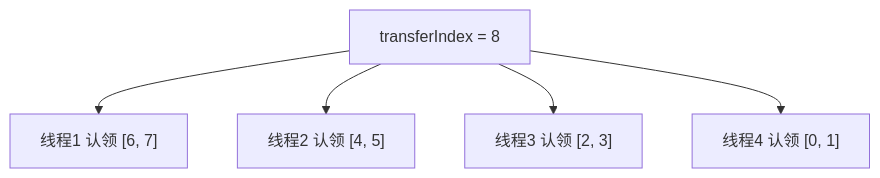
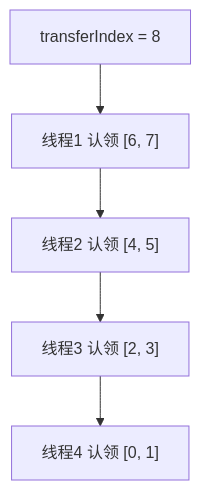
Before and after one commit to rebibabo/rebibabo.github.io: diagram 23 of 26 in source/_posts/concurrency/22-ConcurrentHashMap 为什么能支持高并发访问.md, drawn with Mermaid. The commit also changed other lines of this file and 3 other files, not shown here.

````diff
--- a/source/_posts/concurrency/22-ConcurrentHashMap 为什么能支持高并发访问.md
+++ b/source/_posts/concurrency/22-ConcurrentHashMap 为什么能支持高并发访问.md
@@ -350,8 +350,8 @@
 ```mermaid
 graph TD
     transferIndex["transferIndex = 8"]
     transferIndex --> t1["线程1 认领 [6, 7]"]
-    transferIndex --> t2["线程2 认领 [4, 5]"]
-    transferIndex --> t3["线程3 认领 [2, 3]"]
-    transferIndex --> t4["线程4 认领 [0, 1]"]
+    t1 --> t2["线程2 认领 [4, 5]"]
+    t2 --> t3["线程3 认领 [2, 3]"]
+    t3 --> t4["线程4 认领 [0, 1]"]
 ```
````
